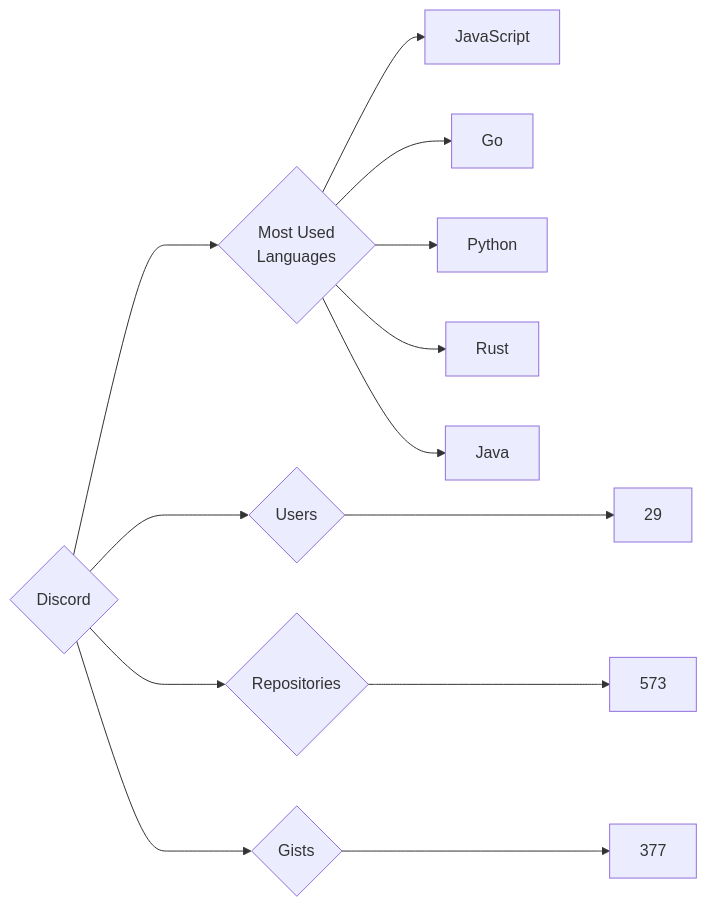
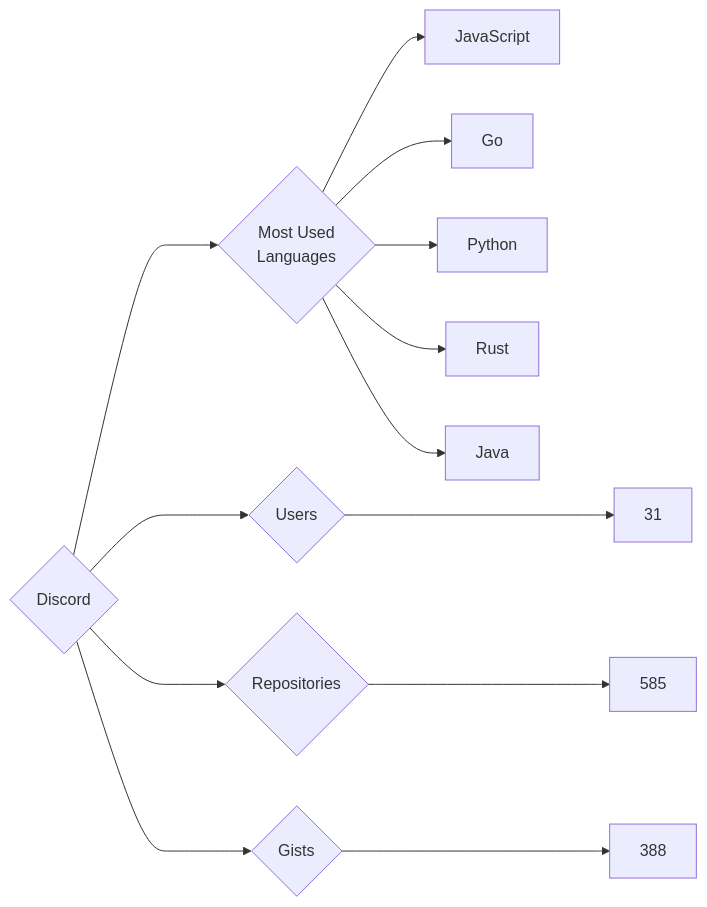
Before and after one commit to trickest/insiders: the diagram in targets/Discord/README.md, drawn with Mermaid. The commit also changed 944 other files, not shown here.

````diff
--- a/targets/Discord/README.md
+++ b/targets/Discord/README.md
@@ -3,13 +3,13 @@
 ```mermaid
 graph LR
 COMPANY_NAME{Discord}
-COMPANY_NAME ---> U{Users} ---> UN[29]
-COMPANY_NAME ---> R{Repositories} ---> RN[573]
-COMPANY_NAME ---> G{Gists} ---> GN[377]
+COMPANY_NAME ---> U{Users} ---> UN[31]
+COMPANY_NAME ---> R{Repositories} ---> RN[585]
+COMPANY_NAME ---> G{Gists} ---> GN[388]
 COMPANY_NAME ---> ML{Most Used<br>Languages}
 ML --> JavaScript[JavaScript]
 ML --> Go[Go]
 ML --> Python[Python]
 ML --> Rust[Rust]
 ML --> Java[Java]
 ```
````
